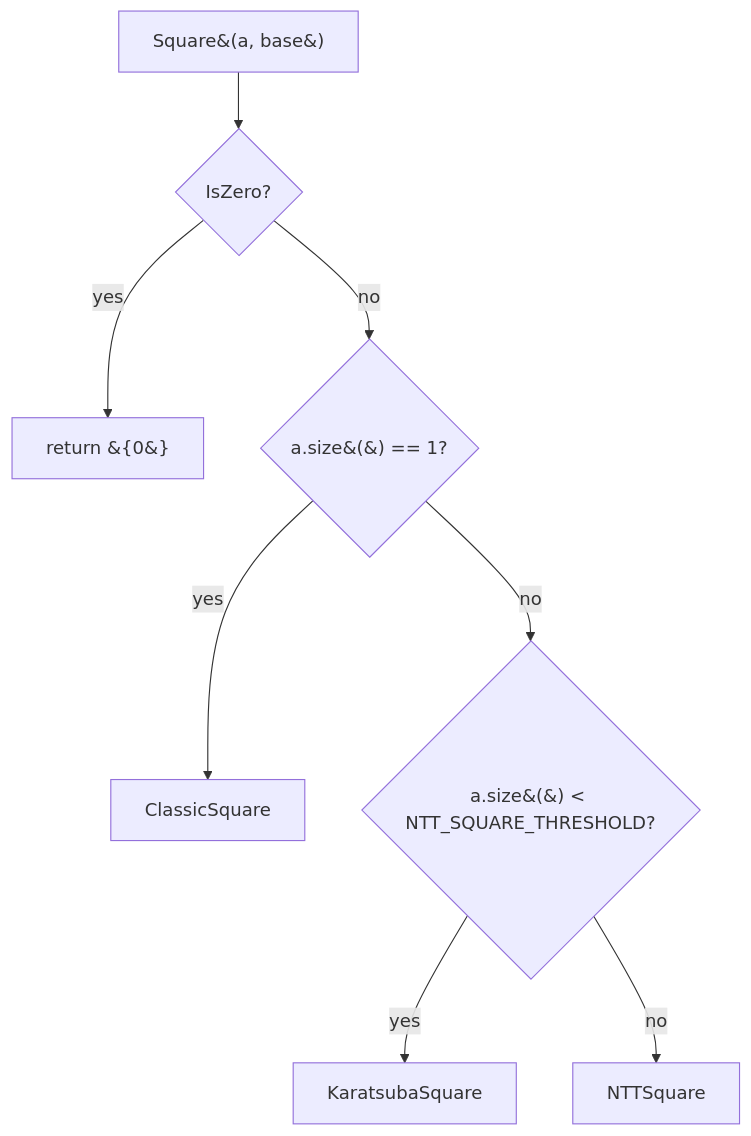
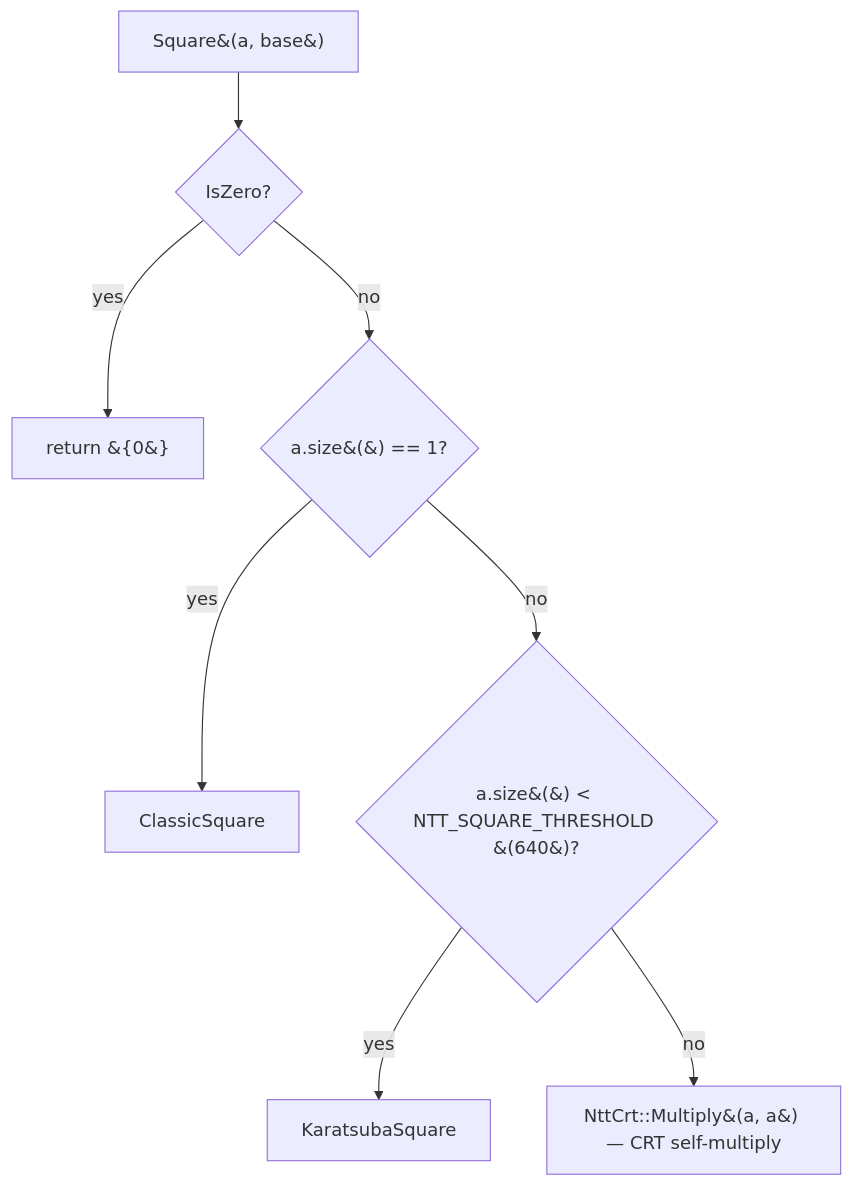
The second of 2 diagrams in docs/MULTIPLICATION.md (mmurshed/biginteger), drawn with Mermaid before and after one commit. The commit also changed other lines of this file and 9 other files, not shown here.

````diff
--- a/docs/MULTIPLICATION.md
+++ b/docs/MULTIPLICATION.md
@@ -110,10 +108,10 @@
 ```mermaid
 flowchart TD
     A[Square&#40;a, base&#41;] --> B{IsZero?}
     B -- yes --> Z[return &#123;0&#125;]
     B -- no --> C{a.size&#40;&#41; == 1?}
     C -- yes --> Sc[ClassicSquare]
-    C -- no --> D{a.size&#40;&#41; &lt; NTT_SQUARE_THRESHOLD?}
+    C -- no --> D{a.size&#40;&#41; &lt; NTT_SQUARE_THRESHOLD &#40;640&#41;?}
     D -- yes --> K[KaratsubaSquare]
-    D -- no --> N[NTTSquare]
+    D -- no --> N[NttCrt::Multiply&#40;a, a&#41; — CRT self-multiply]
 ```
````
